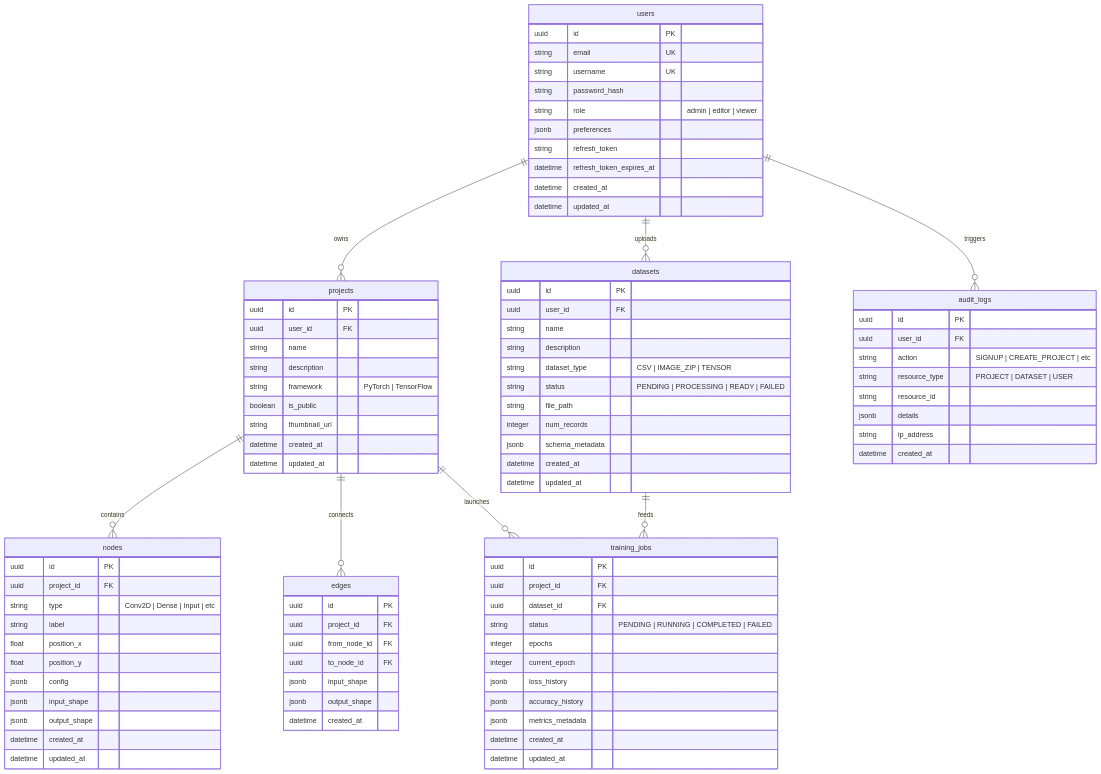
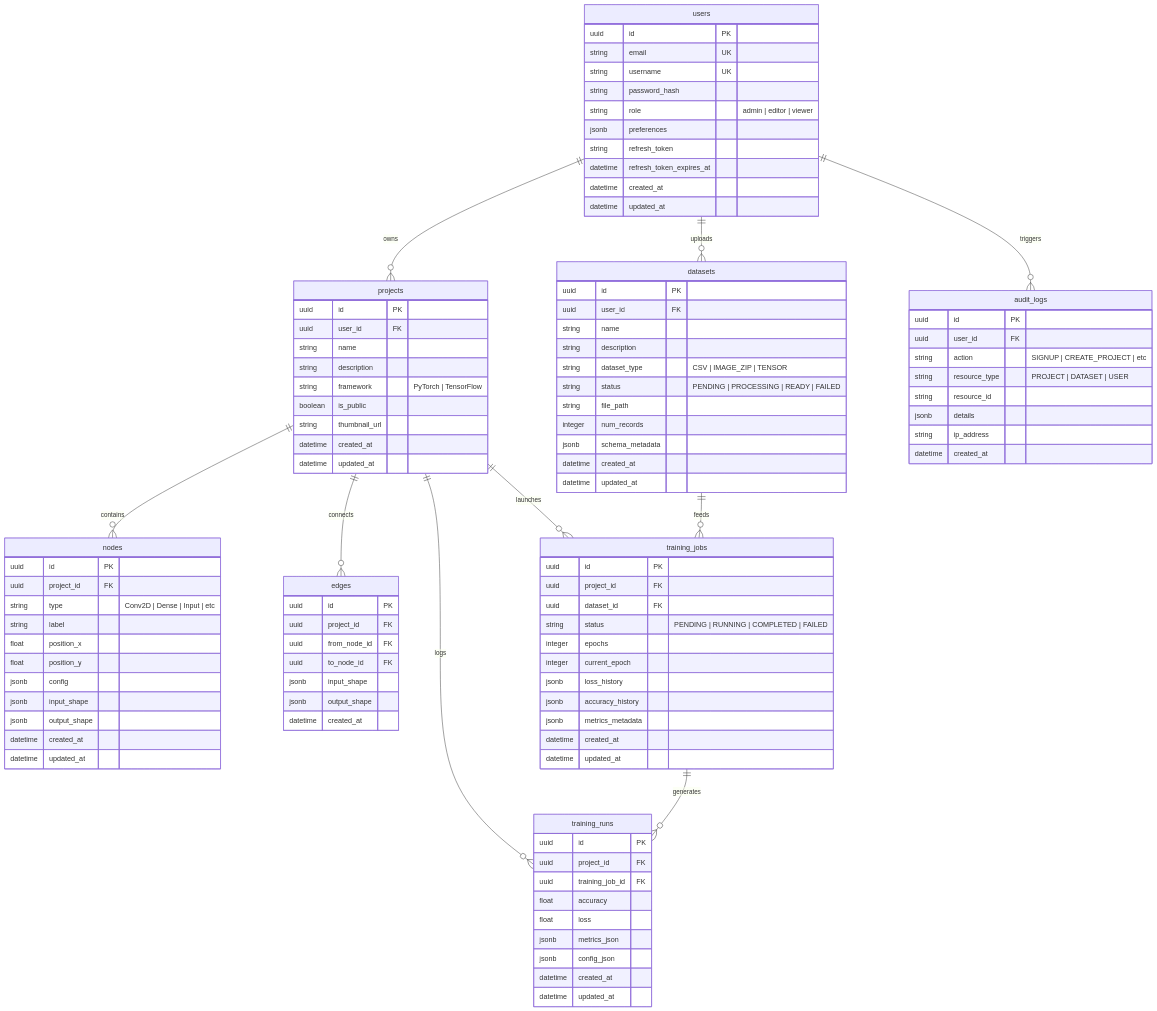
The fourth of 10 diagrams in README.md (Rinav01/ArchNet_Backend), drawn with Mermaid before and after one commit. The commit also changed other lines of this file and 22 other files, not shown here.

Commit message:
feat: implement full-stack training infrastructure including model code generation, dataset management, and persistence for training runs.

````diff
--- a/README.md
+++ b/README.md
@@ -281,6 +303,18 @@
         datetime updated_at
     }
 
+    training_runs {
+        uuid id PK
+        uuid project_id FK
+        uuid training_job_id FK
+        float accuracy
+        float loss
+        jsonb metrics_json
+        jsonb config_json
+        datetime created_at
+        datetime updated_at
+    }
+
     audit_logs {
         uuid id PK
         uuid user_id FK
@@ -298,5 +332,7 @@
     projects ||--o{ nodes : contains
     projects ||--o{ edges : connects
     projects ||--o{ training_jobs : launches
+    projects ||--o{ training_runs : logs
     datasets ||--o{ training_jobs : feeds
+    training_jobs ||--o{ training_runs : generates
 ```
````
